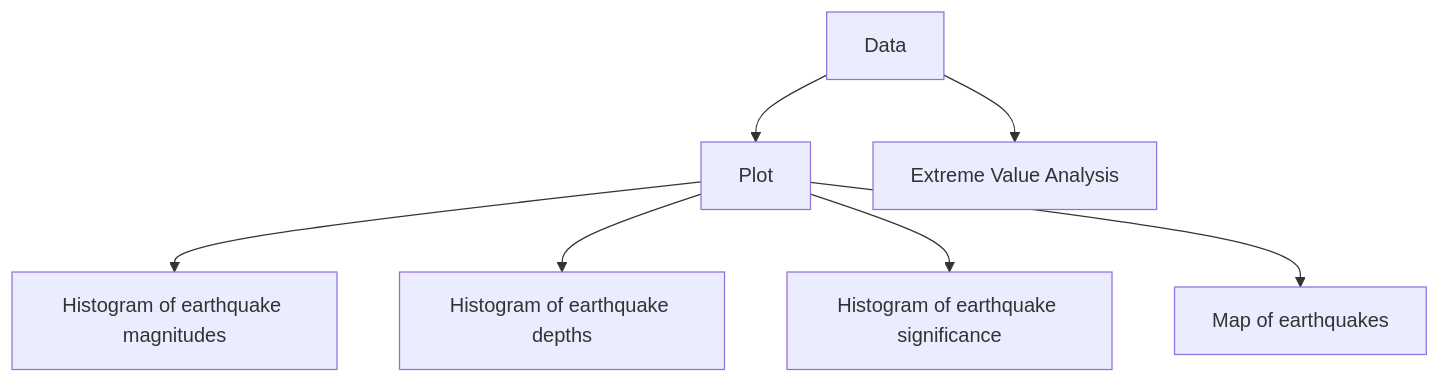
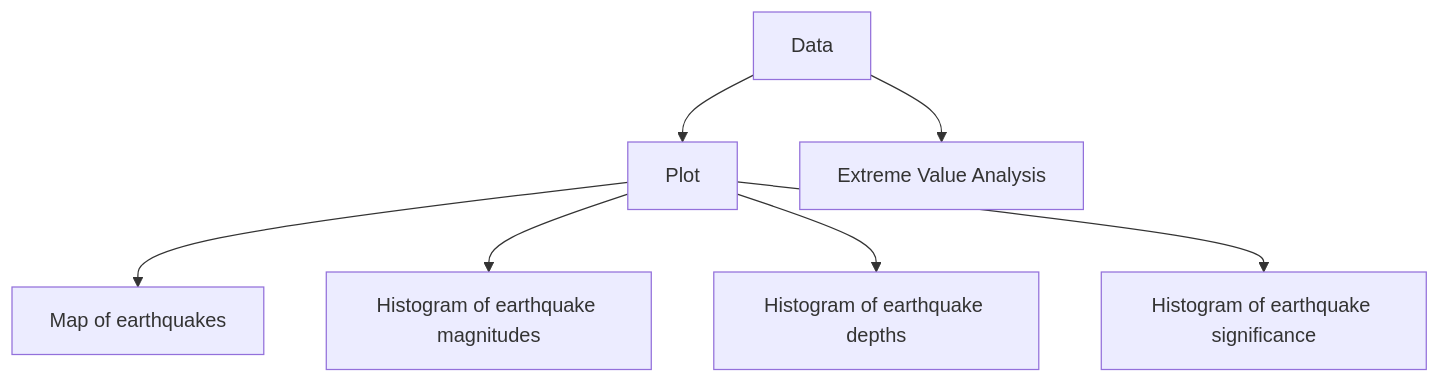
The diagram in docs/06-Earthquake_PoT.md (Npurnomo/observable-portfolio), drawn with Mermaid before and after one commit. The commit also changed other lines of this file and 2 other files, not shown here.

````diff
--- a/docs/06-Earthquake_PoT.md
+++ b/docs/06-Earthquake_PoT.md
@@ -8,10 +21,10 @@
 ```mermaid
 graph TD
   A[Data] --> B[Plot]
-  B --> C[Histogram of earthquake magnitudes]
-  B --> D[Histogram of earthquake depths]
-  B --> E[Histogram of earthquake significance]
-  B --> F[Map of earthquakes]
+  B --> C[Map of earthquakes]
+  B --> D[Histogram of earthquake magnitudes]
+  B --> E[Histogram of earthquake depths]
+  B --> F[Histogram of earthquake significance]
   A --> G[Extreme Value Analysis]
 
 ```
````
